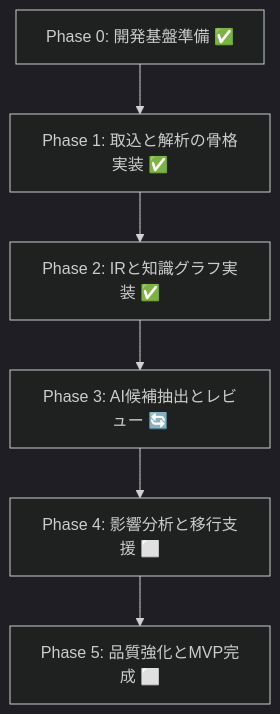
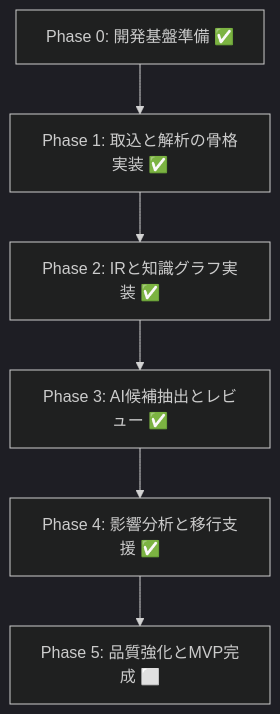
The diagram in documents/13_ToDoリスト_レガシーコード考古学.md (keijijin/legacy-code-archaeology), drawn with Mermaid (dark theme) before and after one commit. The commit also changed other lines of this file and 14 other files, not shown here.

````diff
--- a/documents/13_ToDoリスト_レガシーコード考古学.md
+++ b/documents/13_ToDoリスト_レガシーコード考古学.md
@@ -18,8 +18,8 @@
 ```mermaid
 flowchart TD
     A[Phase 0: 開発基盤準備 ✅] --> B[Phase 1: 取込と解析の骨格実装 ✅]
     B --> C[Phase 2: IRと知識グラフ実装 ✅]
-    C --> D[Phase 3: AI候補抽出とレビュー 🔄]
-    D --> E[Phase 4: 影響分析と移行支援 ⬜]
+    C --> D[Phase 3: AI候補抽出とレビュー ✅]
+    D --> E[Phase 4: 影響分析と移行支援 ✅]
     E --> F[Phase 5: 品質強化とMVP完成 ⬜]
 ```
````
